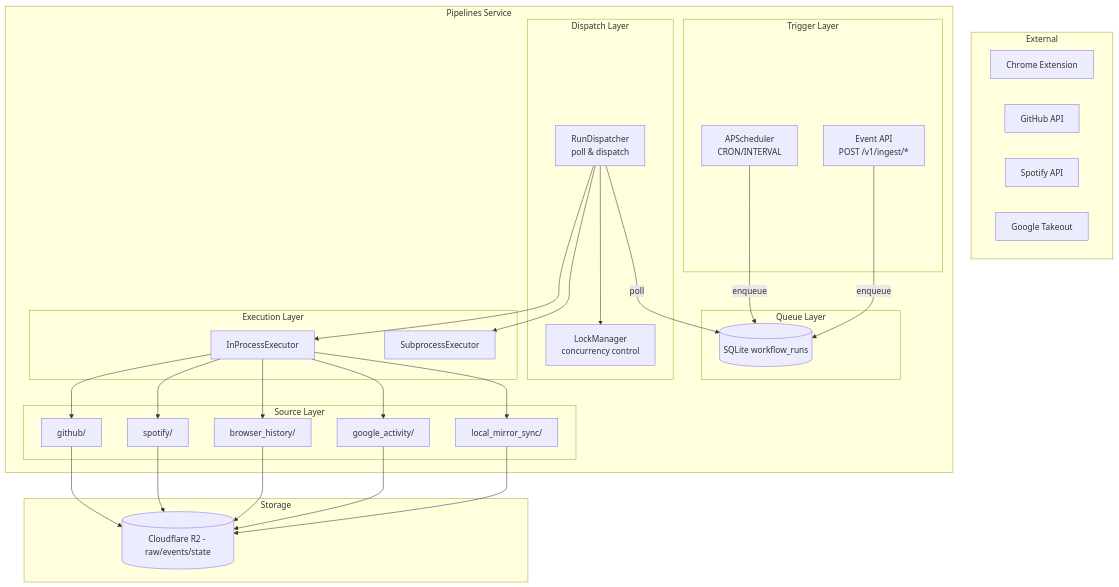
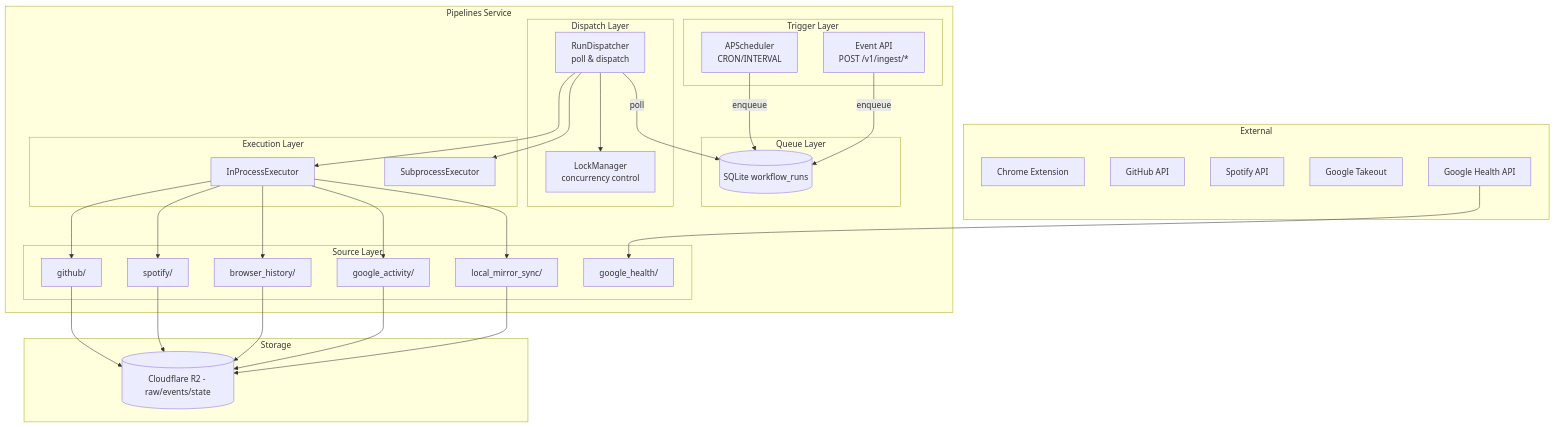
One commit to endo-ly/ego-graph changed the first of 8 diagrams in docs/architecture/pipelines.md. Above: the diagram before and after it, drawn with Mermaid. The commit also changed other lines of this file and 23 other files, not shown here.

````diff
--- a/docs/architecture/pipelines.md
+++ b/docs/architecture/pipelines.md
@@ -19,59 +19,62 @@
 ```mermaid
 flowchart TB
     subgraph External
         A[Chrome Extension]
         B[GitHub API]
         C[Spotify API]
         D[Google Takeout]
+        F[Google Health API]
     end
 
     subgraph "Pipelines Service"
         subgraph "Trigger Layer"
             S[APScheduler<br/>CRON/INTERVAL]
             E[Event API<br/>POST /v1/ingest/*]
         end
 
         subgraph "Queue Layer"
             Q[(SQLite workflow_runs)]
         end
 
         subgraph "Dispatch Layer"
             DR[RunDispatcher<br/>poll & dispatch]
             L[LockManager<br/>concurrency control]
         end
 
         subgraph "Execution Layer"
             X1[InProcessExecutor]
             X2[SubprocessExecutor]
         end
 
         subgraph "Source Layer"
             GH[github/]
             SP[spotify/]
             BH[browser_history/]
             GA[google_activity/]
             LM[local_mirror_sync/]
+            GHA[google_health/]
         end
     end
 
     subgraph Storage
         R2[(Cloudflare R2 - raw/events/state)]
     end
 
     S -->|enqueue| Q
     E -->|enqueue| Q
     DR -->|poll| Q
     DR --> L
     DR --> X1
     DR --> X2
     X1 --> GH
     X1 --> SP
     X1 --> BH
     X1 --> GA
     X1 --> LM
+    F --> GHA
     GH --> R2
     SP --> R2
     BH --> R2
     GA --> R2
     LM --> R2
 ```
````
